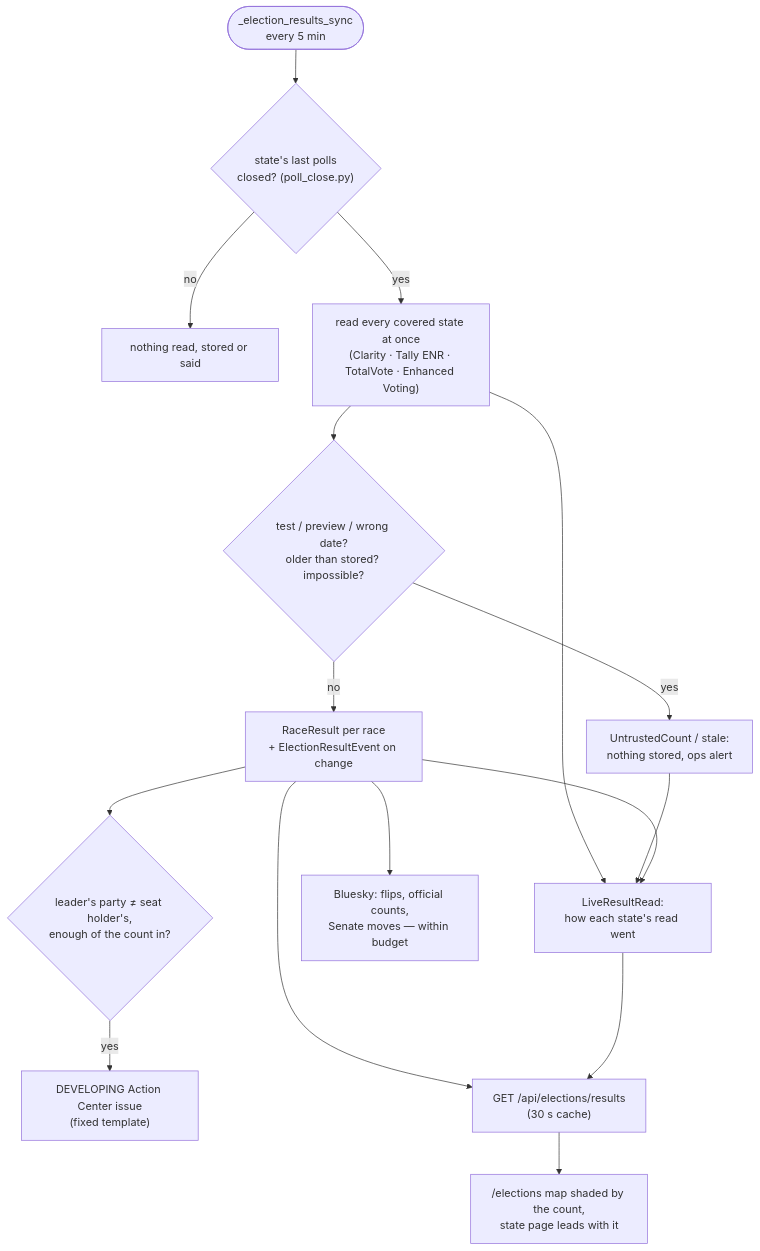
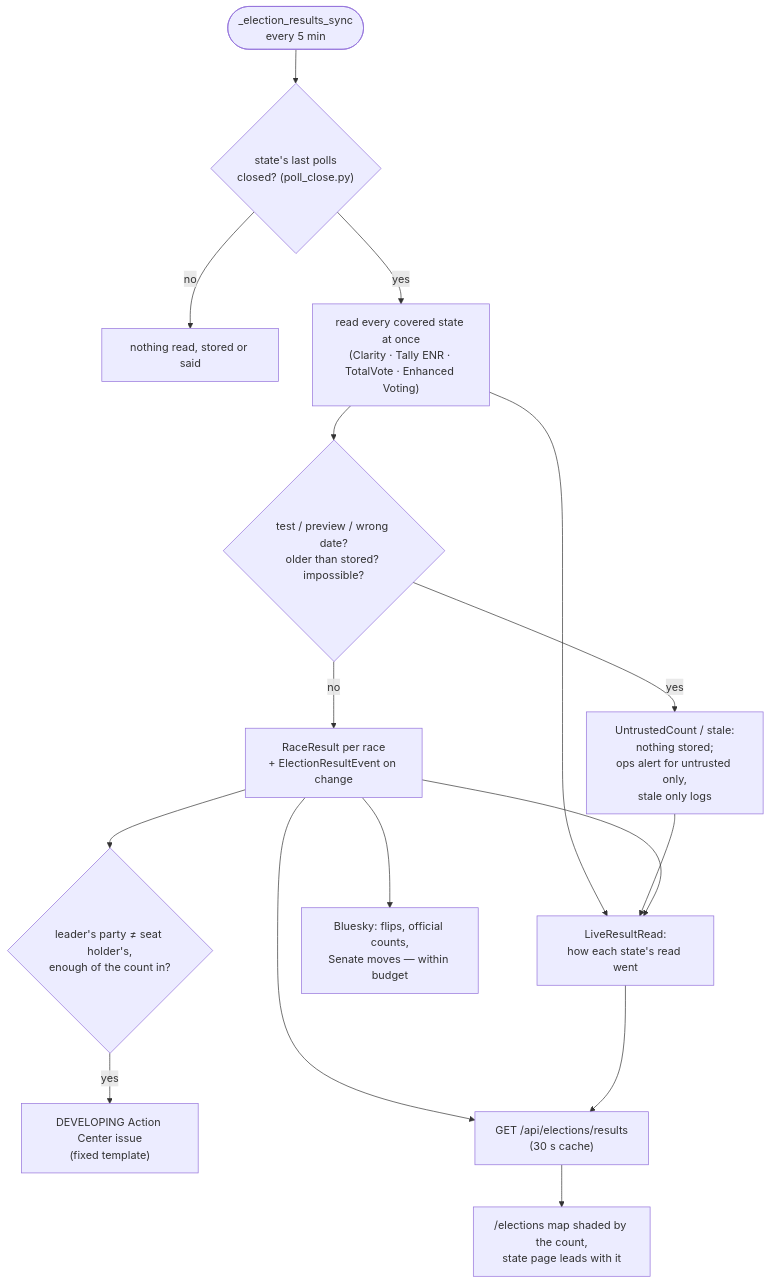
Before and after one commit to kamoras/civitas: the fourth of 4 diagrams in docs/diagrams/10-elections.md, drawn with Mermaid. The commit also changed other lines of this file and 22 other files, not shown here.

````diff
--- a/docs/diagrams/10-elections.md
+++ b/docs/diagrams/10-elections.md
@@ -299,14 +299,14 @@
 ```mermaid
 flowchart TD
     TICK(["_election_results_sync<br/>every 5 min"]) --> GATE{"state's last polls<br/>closed? (poll_close.py)"}
     GATE -- no --> NONE["nothing read, stored or said"]
     GATE -- yes --> READ["read every covered state at once<br/>(Clarity · Tally ENR · TotalVote · Enhanced Voting)"]
     READ --> TRUST{"test / preview / wrong date?<br/>older than stored? impossible?"}
-    TRUST -- yes --> REFUSE["UntrustedCount / stale:<br/>nothing stored, ops alert"]
+    TRUST -- yes --> REFUSE["UntrustedCount / stale:<br/>nothing stored;<br/>ops alert for untrusted only,<br/>stale only logs"]
     TRUST -- no --> STORE["RaceResult per race<br/>+ ElectionResultEvent on change"]
     READ & REFUSE & STORE --> FEED["LiveResultRead:<br/>how each state's read went"]
     STORE --> FLIP{"leader's party ≠ seat holder's,<br/>enough of the count in?"}
     FLIP -- yes --> ISSUE["DEVELOPING Action Center issue<br/>(fixed template)"]
     STORE --> POST["Bluesky: flips, official counts,<br/>Senate moves — within budget"]
     STORE & FEED --> API["GET /api/elections/results<br/>(30 s cache)"] --> PAGE["/elections map shaded by the count,<br/>state page leads with it"]
 ```
````
